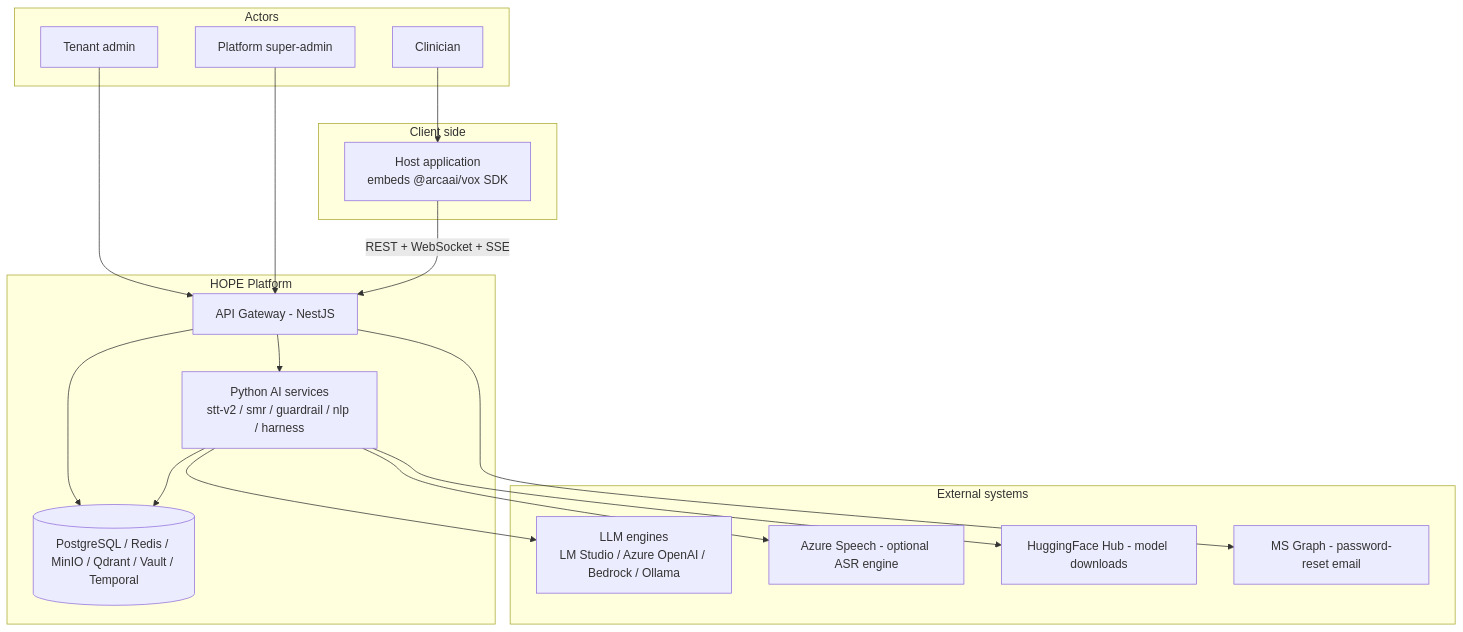
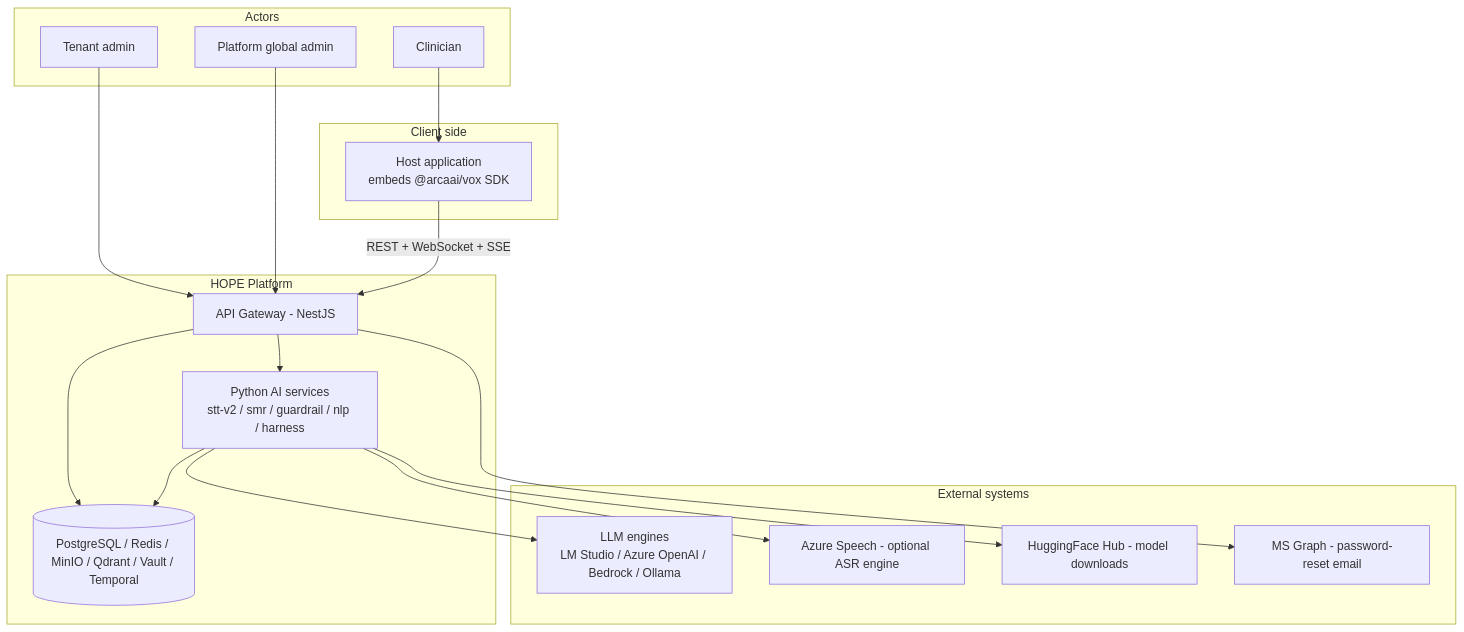
One commit to ArcaAI/vox-platform-study changed the first of 4 diagrams in docs/architecture/overview.md. Above: the diagram before and after it, drawn with Mermaid. The commit also changed other lines of this file and 326 other files, not shown here.

First line of the commit message:
feat: consolidate SUPER_ADMIN role into GLOBAL_ADMIN and update related references

````diff
--- a/docs/architecture/overview.md
+++ b/docs/architecture/overview.md
@@ -33,37 +33,37 @@
 ```mermaid
 graph TB
     subgraph actors[Actors]
         DOC[Clinician]
         TADM[Tenant admin]
-        SADM[Platform super-admin]
+        SADM[Platform global admin]
     end
 
     subgraph client[Client side]
         HOST["Host application<br/>embeds @arcaai/vox SDK"]
     end
 
     subgraph hope[HOPE Platform]
         API["API Gateway - NestJS"]
         PY["Python AI services<br/>stt-v2 / smr / guardrail / nlp / harness"]
         DATA[("PostgreSQL / Redis / MinIO / Qdrant / Vault / Temporal")]
     end
 
     subgraph external[External systems]
         LLM["LLM engines<br/>LM Studio / Azure OpenAI / Bedrock / Ollama"]
         AZSPEECH["Azure Speech - optional ASR engine"]
         HF["HuggingFace Hub - model downloads"]
         MSG["MS Graph - password-reset email"]
     end
 
     DOC --> HOST
     TADM --> API
     SADM --> API
     HOST -->|REST + WebSocket + SSE| API
     API --> PY
     API --> DATA
     PY --> DATA
     PY --> LLM
     PY --> AZSPEECH
     PY --> HF
     API --> MSG
 ```
````
